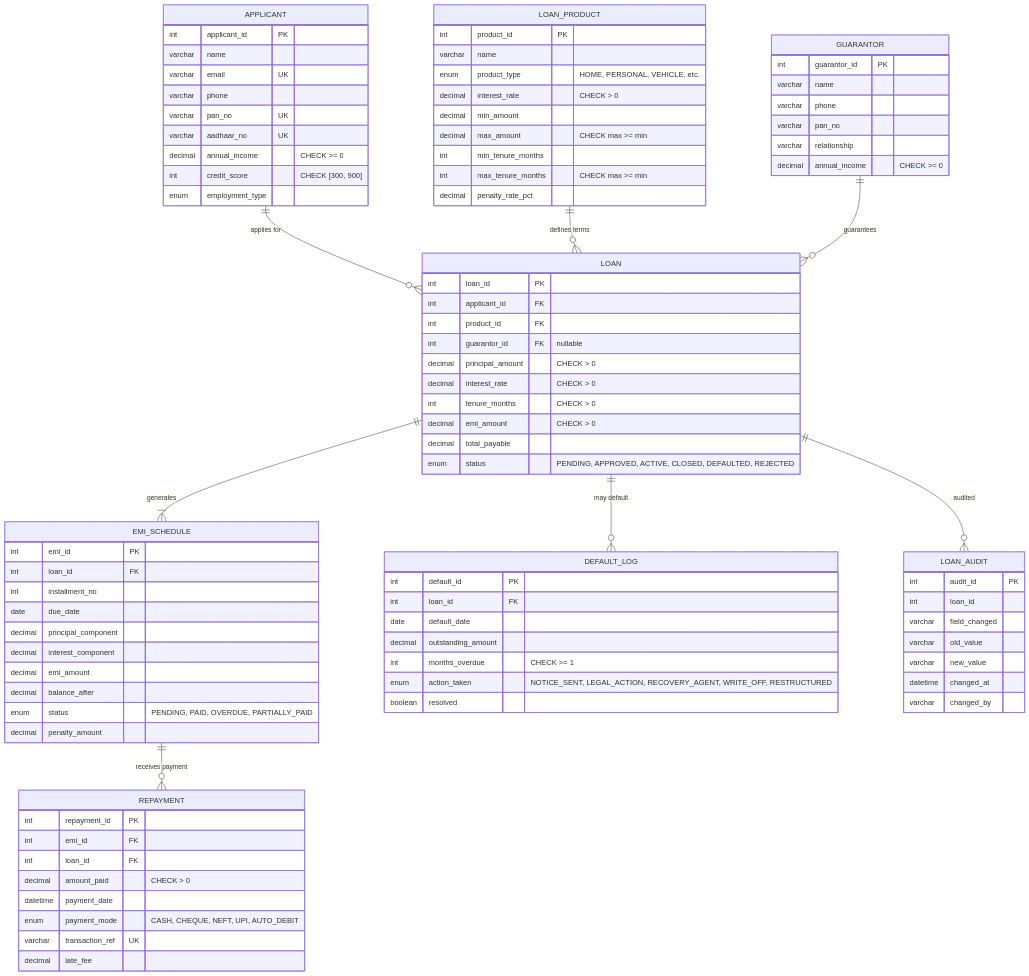
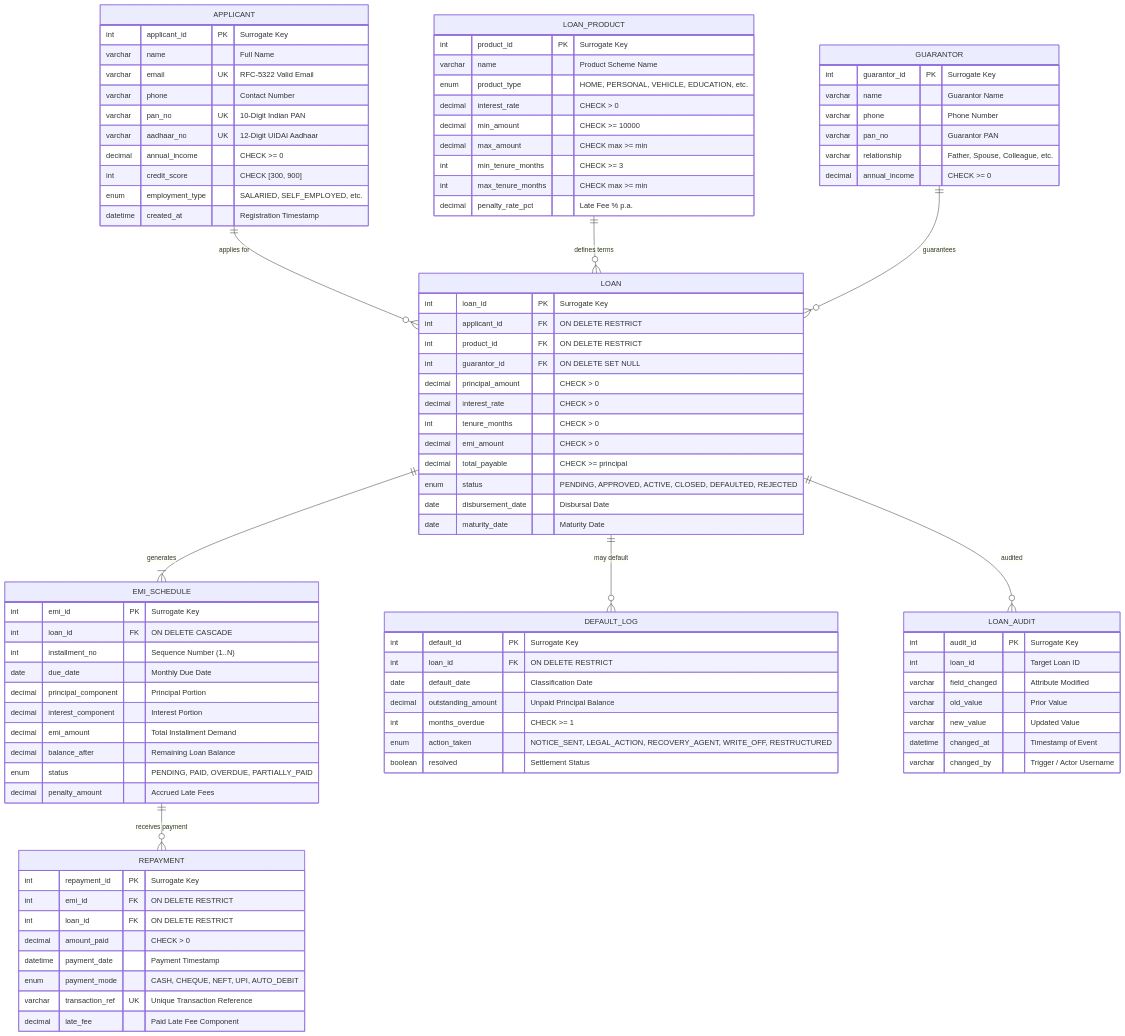
Before and after one commit to Bhanu-teja-VCE/dbms-course-end-project: the diagram in README.md, drawn with Mermaid. The commit also changed other lines of this file, not shown here.

````diff
--- a/README.md
+++ b/README.md
@@ -69,92 +67,95 @@
     LOAN ||--o{ LOAN_AUDIT : "audited"
 
     APPLICANT {
-        int applicant_id PK
-        varchar name
-        varchar email UK
-        varchar phone
-        varchar pan_no UK
-        varchar aadhaar_no UK
+        int applicant_id PK "Surrogate Key"
+        varchar name "Full Name"
+        varchar email UK "RFC-5322 Valid Email"
+        varchar phone "Contact Number"
+        varchar pan_no UK "10-Digit Indian PAN"
+        varchar aadhaar_no UK "12-Digit UIDAI Aadhaar"
         decimal annual_income "CHECK >= 0"
         int credit_score "CHECK [300, 900]"
-        enum employment_type
+        enum employment_type "SALARIED, SELF_EMPLOYED, etc."
+        datetime created_at "Registration Timestamp"
     }
 
     LOAN_PRODUCT {
-        int product_id PK
-        varchar name
-        enum product_type "HOME, PERSONAL, VEHICLE, etc."
+        int product_id PK "Surrogate Key"
+        varchar name "Product Scheme Name"
+        enum product_type "HOME, PERSONAL, VEHICLE, EDUCATION, etc."
         decimal interest_rate "CHECK > 0"
-        decimal min_amount
+        decimal min_amount "CHECK >= 10000"
         decimal max_amount "CHECK max >= min"
-        int min_tenure_months
+        int min_tenure_months "CHECK >= 3"
         int max_tenure_months "CHECK max >= min"
-        decimal penalty_rate_pct
+        decimal penalty_rate_pct "Late Fee % p.a."
     }
 
     GUARANTOR {
-        int guarantor_id PK
-        varchar name
-        varchar phone
-        varchar pan_no
-        varchar relationship
+        int guarantor_id PK "Surrogate Key"
+        varchar name "Guarantor Name"
+        varchar phone "Phone Number"
+        varchar pan_no "Guarantor PAN"
+        varchar relationship "Father, Spouse, Colleague, etc."
         decimal annual_income "CHECK >= 0"
     }
 
     LOAN {
-        int loan_id PK
-        int applicant_id FK
-        int product_id FK
-        int guarantor_id FK "nullable"
+        int loan_id PK "Surrogate Key"
+        int applicant_id FK "ON DELETE RESTRICT"
+        int product_id FK "ON DELETE RESTRICT"
+        int guarantor_id FK "ON DELETE SET NULL"
         decimal principal_amount "CHECK > 0"
         decimal interest_rate "CHECK > 0"
         int tenure_months "CHECK > 0"
         decimal emi_amount "CHECK > 0"
-        decimal total_payable
+        decimal total_payable "CHECK >= principal"
         enum status "PENDING, APPROVED, ACTIVE, CLOSED, DEFAULTED, REJECTED"
+        date disbursement_date "Disbursal Date"
+        date maturity_date "Maturity Date"
     }
 
     EMI_SCHEDULE {
-        int emi_id PK
-        int loan_id FK
-        int installment_no
-        date due_date
-        decimal principal_component
-        decimal interest_component
-        decimal emi_amount
-        decimal balance_after
+        int emi_id PK "Surrogate Key"
+        int loan_id FK "ON DELETE CASCADE"
+        int installment_no "Sequence Number (1..N)"
+        date due_date "Monthly Due Date"
+        decimal principal_component "Principal Portion"
+        decimal interest_component "Interest Portion"
+        decimal emi_amount "Total Installment Demand"
+        decimal balance_after "Remaining Loan Balance"
         enum status "PENDING, PAID, OVERDUE, PARTIALLY_PAID"
-        decimal penalty_amount
+        decimal penalty_amount "Accrued Late Fees"
     }
 
     REPAYMENT {
-        int repayment_id PK
-        int emi_id FK
-        int loan_id FK
+        int repayment_id PK "Surrogate Key"
+        int emi_id FK "ON DELETE RESTRICT"
+        int loan_id FK "ON DELETE RESTRICT"
         decimal amount_paid "CHECK > 0"
-        datetime payment_date
+        datetime payment_date "Payment Timestamp"
         enum payment_mode "CASH, CHEQUE, NEFT, UPI, AUTO_DEBIT"
-        varchar transaction_ref UK
-        decimal late_fee
+        varchar transaction_ref UK "Unique Transaction Reference"
+        decimal late_fee "Paid Late Fee Component"
     }
 
     DEFAULT_LOG {
-        int default_id PK
-        int loan_id FK
-        date default_date
-        decimal outstanding_amount
+        int default_id PK "Surrogate Key"
+        int loan_id FK "ON DELETE RESTRICT"
+        date default_date "Classification Date"
+        decimal outstanding_amount "Unpaid Principal Balance"
         int months_overdue "CHECK >= 1"
         enum action_taken "NOTICE_SENT, LEGAL_ACTION, RECOVERY_AGENT, WRITE_OFF, RESTRUCTURED"
-        boolean resolved
+        boolean resolved "Settlement Status"
     }
 
     LOAN_AUDIT {
-        int audit_id PK
-        int loan_id
-        varchar field_changed
-        varchar old_value
-        varchar new_value
-        datetime changed_at
-        varchar changed_by
+        int audit_id PK "Surrogate Key"
+        int loan_id "Target Loan ID"
+        varchar field_changed "Attribute Modified"
+        varchar old_value "Prior Value"
+        varchar new_value "Updated Value"
+        datetime changed_at "Timestamp of Event"
+        varchar changed_by "Trigger / Actor Username"
     }
 ```
````
